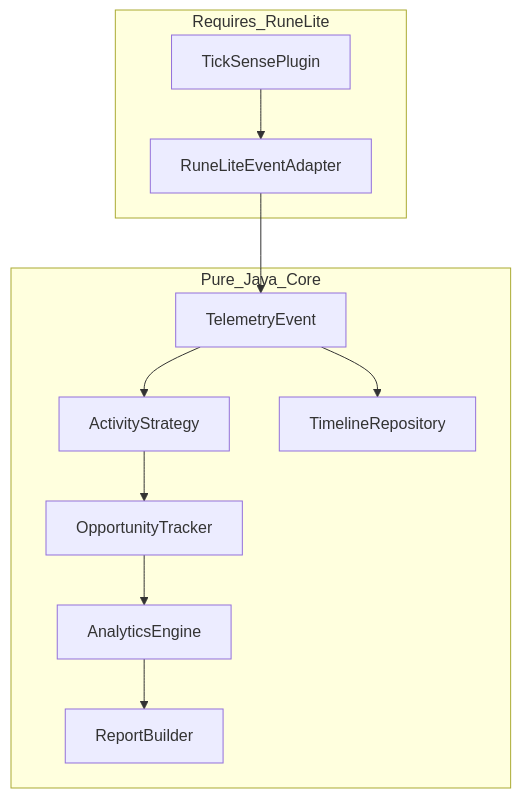
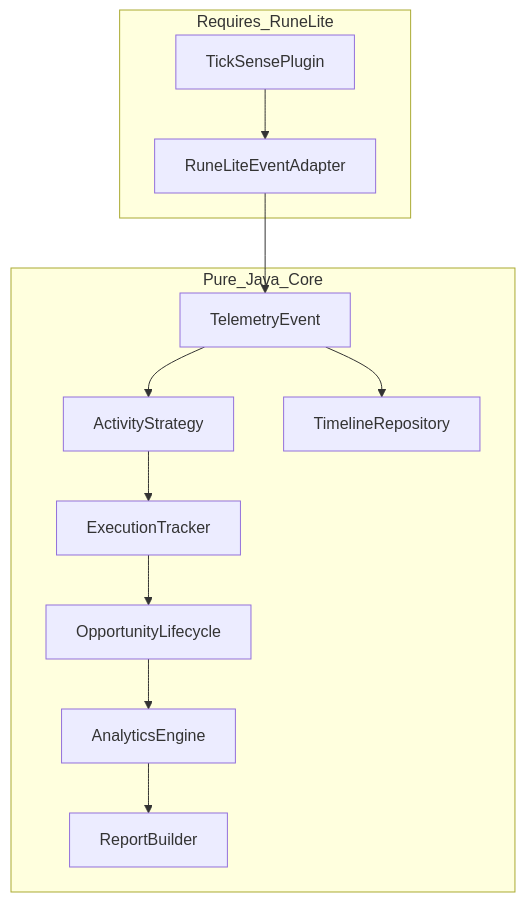
One commit to Scottlr/TickSense changed the third of 4 diagrams in docs/ARCHITECTURE.md. Above: the diagram before and after it, drawn with Mermaid. The commit also changed other lines of this file and 49 other files, not shown here.

First line of the commit message:
Implement Araxxor execution tracking and refactor opportunity management

````diff
--- a/docs/ARCHITECTURE.md
+++ b/docs/ARCHITECTURE.md
@@ -429,17 +429,18 @@
 ```mermaid
 flowchart TB
   subgraph Requires_RuneLite
     Plugin[TickSensePlugin]
     Adapter[RuneLiteEventAdapter]
   end
   subgraph Pure_Java_Core
     Telemetry[TelemetryEvent]
     Strategy[ActivityStrategy]
-    Opportunity[OpportunityTracker]
+    Execution[ExecutionTracker]
+    Opportunity[OpportunityLifecycle]
     Metrics[AnalyticsEngine]
     Reports[ReportBuilder]
     Storage[TimelineRepository]
   end
-  Plugin --> Adapter --> Telemetry --> Strategy --> Opportunity --> Metrics --> Reports
+  Plugin --> Adapter --> Telemetry --> Strategy --> Execution --> Opportunity --> Metrics --> Reports
   Telemetry --> Storage
 ```
````
